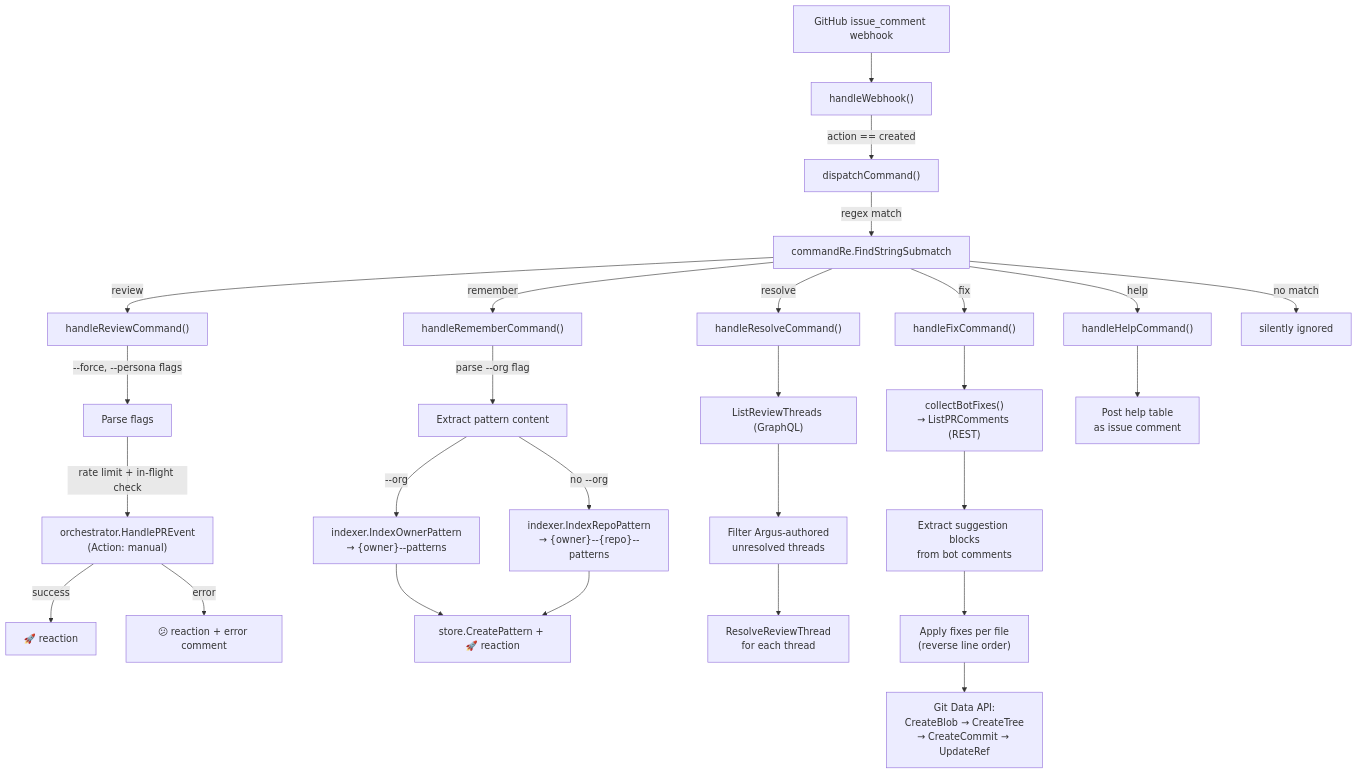
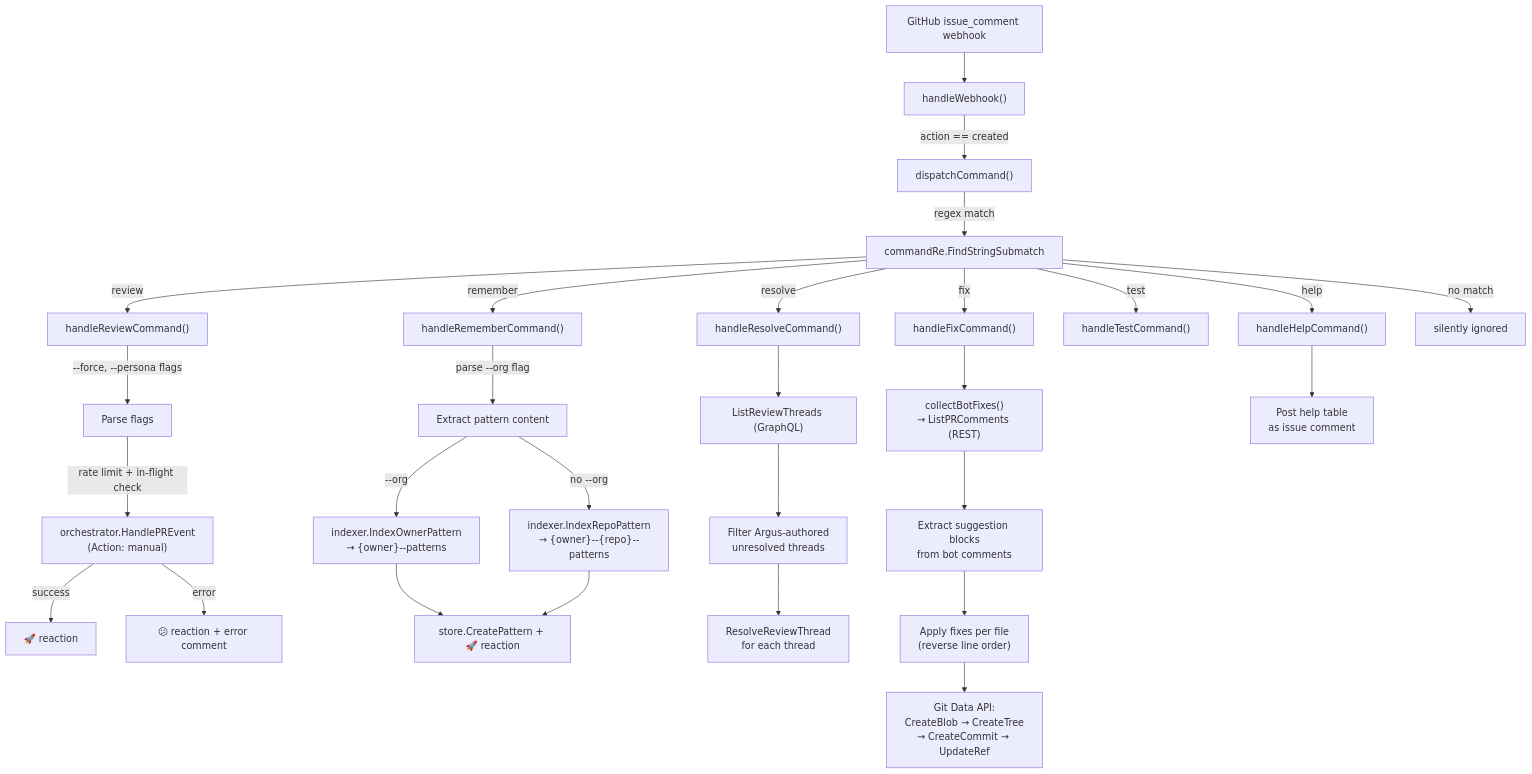
One commit to BeLazy167/argus changed the third of 4 diagrams in docs/architecture.md. Above: the diagram before and after it, drawn with Mermaid. The commit also changed other lines of this file and 4 other files, not shown here.

````diff
--- a/docs/architecture.md
+++ b/docs/architecture.md
@@ -385,35 +385,36 @@
 ```mermaid
 flowchart TD
     GH["GitHub issue_comment webhook"] --> WH["handleWebhook()"]
     WH --> |"action == created"| DC["dispatchCommand()"]
     DC --> |"regex match"| PARSE["commandRe.FindStringSubmatch"]
 
     PARSE --> |"review"| REV["handleReviewCommand()"]
     PARSE --> |"remember"| REM["handleRememberCommand()"]
     PARSE --> |"resolve"| RES["handleResolveCommand()"]
     PARSE --> |"fix"| FIX["handleFixCommand()"]
+    PARSE --> |"test"| TEST["handleTestCommand()"]
     PARSE --> |"help"| HELP["handleHelpCommand()"]
     PARSE --> |"no match"| DROP["silently ignored"]
 
     REV --> |"--force, --persona flags"| REV2["Parse flags"]
     REV2 --> |"rate limit + in-flight check"| REV3["orchestrator.HandlePREvent\n(Action: manual)"]
     REV3 --> |"success"| REV4["🚀 reaction"]
     REV3 --> |"error"| REV5["😕 reaction + error comment"]
 
     REM --> |"parse --org flag"| REM2["Extract pattern content"]
     REM2 --> |"--org"| REM3["indexer.IndexOwnerPattern\n→ {owner}--patterns"]
     REM2 --> |"no --org"| REM4["indexer.IndexRepoPattern\n→ {owner}--{repo}--patterns"]
     REM3 --> REM5["store.CreatePattern + 🚀 reaction"]
     REM4 --> REM5
 
     RES --> RES2["ListReviewThreads (GraphQL)"]
     RES2 --> RES3["Filter Argus-authored\nunresolved threads"]
     RES3 --> RES4["ResolveReviewThread\nfor each thread"]
 
     FIX --> FIX2["collectBotFixes()\n→ ListPRComments (REST)"]
     FIX2 --> FIX3["Extract suggestion blocks\nfrom bot comments"]
     FIX3 --> FIX4["Apply fixes per file\n(reverse line order)"]
     FIX4 --> FIX5["Git Data API:\nCreateBlob → CreateTree\n→ CreateCommit → UpdateRef"]
 
     HELP --> HELP2["Post help table\nas issue comment"]
 ```
````
